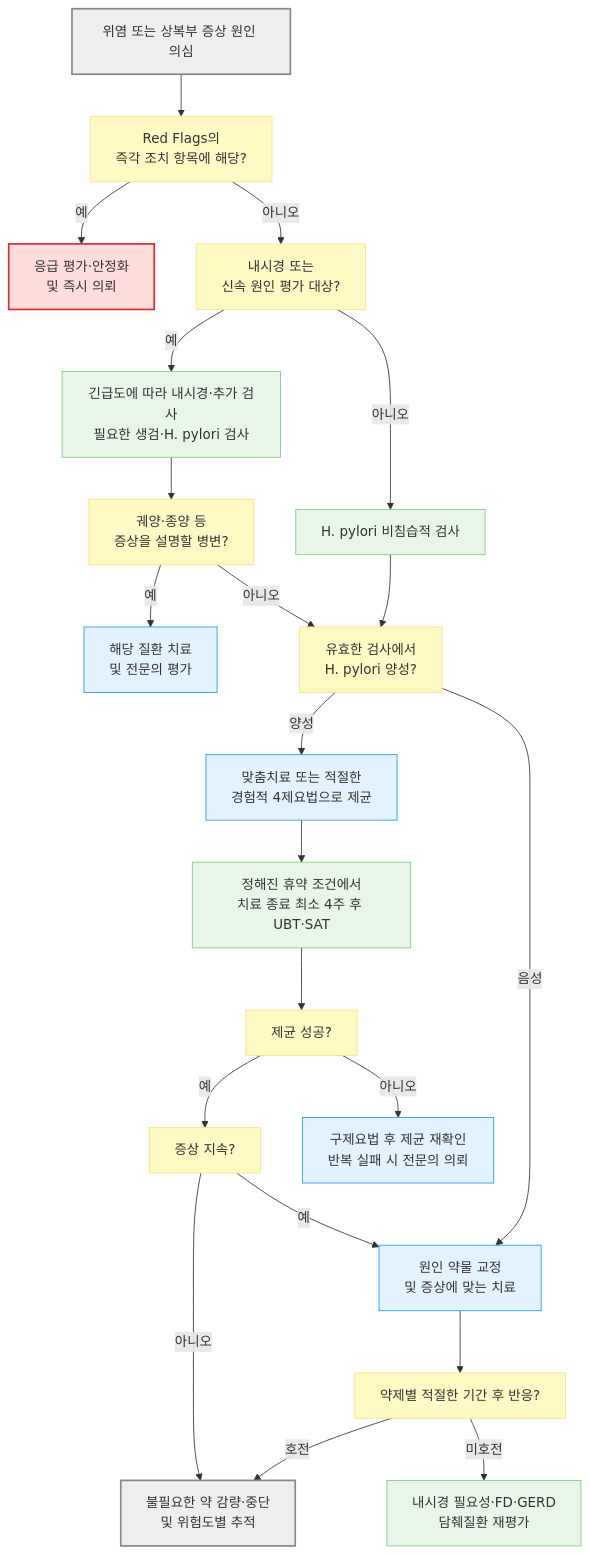
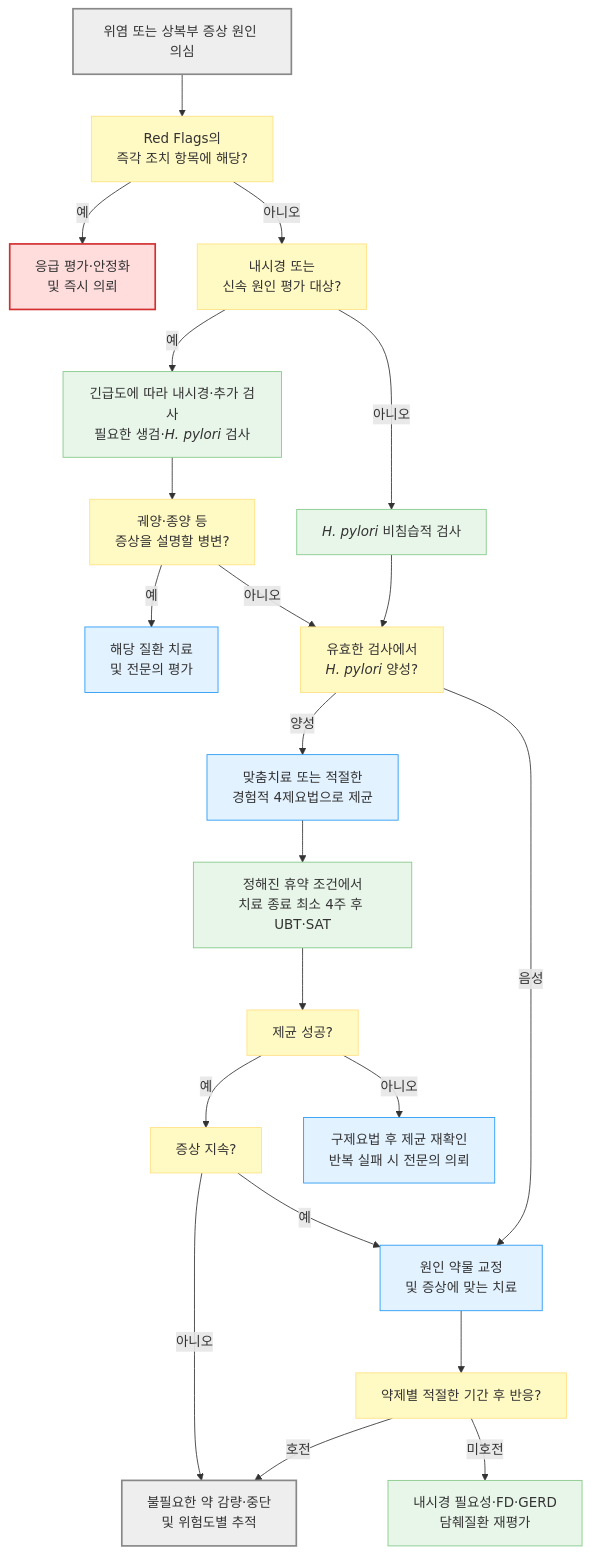
One commit to familyoh77/familyoh77 changed the second of 2 diagrams in 224_/078_-gastritis.md. Above: the diagram before and after it, drawn with Mermaid. The commit also changed other lines of this file and 2 other files, not shown here.

````diff
--- a/224_/078_-gastritis.md
+++ b/224_/078_-gastritis.md
@@ -205,33 +205,33 @@
 ```mermaid
 flowchart TD
     A["위염 또는 상복부 증상 원인 의심"] --> B["Red Flags의<br/>즉각 조치 항목에 해당?"]
     B -- "예" --> C["응급 평가·안정화<br/>및 즉시 의뢰"]
     B -- "아니오" --> D["내시경 또는<br/>신속 원인 평가 대상?"]
-    D -- "예" --> E["긴급도에 따라 내시경·추가 검사<br/>필요한 생검·H. pylori 검사"]
-    D -- "아니오" --> F["H. pylori 비침습적 검사"]
+    D -- "예" --> E["긴급도에 따라 내시경·추가 검사<br/>필요한 생검·<i>H. pylori</i> 검사"]
+    D -- "아니오" --> F["<i>H. pylori</i> 비침습적 검사"]
     E --> S["궤양·종양 등<br/>증상을 설명할 병변?"]
     S -- "예" --> T["해당 질환 치료<br/>및 전문의 평가"]
-    S -- "아니오" --> G["유효한 검사에서<br/>H. pylori 양성?"]
+    S -- "아니오" --> G["유효한 검사에서<br/><i>H. pylori</i> 양성?"]
     F --> G
     G -- "양성" --> H["맞춤치료 또는 적절한<br/>경험적 4제요법으로 제균"]
     H --> J["정해진 휴약 조건에서<br/>치료 종료 최소 4주 후 UBT·SAT"]
     G -- "음성" --> I["원인 약물 교정<br/>및 증상에 맞는 치료"]
     I --> P["약제별 적절한 기간 후 반응?"]
     P -- "호전" --> R["불필요한 약 감량·중단<br/>및 위험도별 추적"]
     J --> K["제균 성공?"]
     K -- "예" --> V["증상 지속?"]
     V -- "아니오" --> R
     V -- "예" --> I
     K -- "아니오" --> U["구제요법 후 제균 재확인<br/>반복 실패 시 전문의 의뢰"]
     P -- "미호전" --> Q["내시경 필요성·FD·GERD<br/>담췌질환 재평가"]
     classDef question fill:#fff9c4,stroke:#ffe082
     classDef test fill:#e8f5e9,stroke:#81c784
     classDef treatment fill:#e3f2ff,stroke:#2196f3
     classDef neutral fill:#eeeeee,stroke:#888888,stroke-width:2px
     class B,D,S,G,P,K,V question
     class E,F,J,Q test
     class T,H,I,U treatment
     class A,R neutral
     style C fill:#ffdddd,stroke:#d32f2f,stroke-width:2px
 
 ```
````
